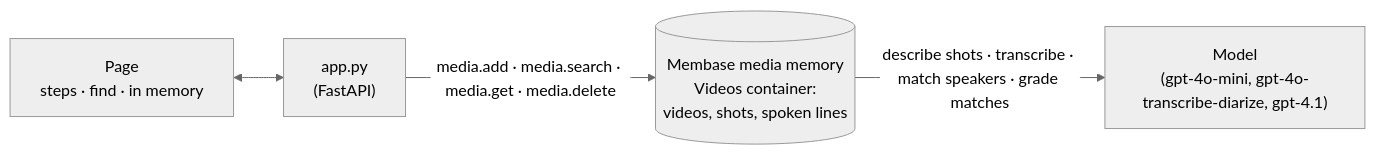
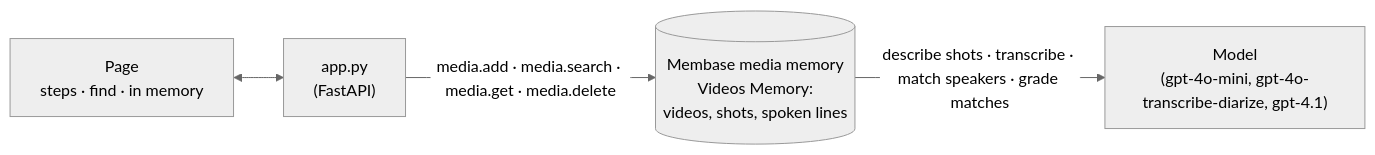
One commit to unibaseio/membase-use-cases changed the diagram in 18-video-memory/README.md. Above: the diagram before and after it, drawn with Mermaid (neutral theme). The commit also changed other lines of this file and 55 other files, not shown here.

````diff
--- a/18-video-memory/README.md
+++ b/18-video-memory/README.md
@@ -43,6 +43,6 @@
 ```mermaid
 flowchart LR
   P["Page<br/>steps · find · in memory"] <--> A["app.py<br/>(FastAPI)"]
-  A -- "media.add · media.search · media.get · media.delete" --> M[("Membase media memory<br/>Videos container:<br/>videos, shots, spoken lines")]
+  A -- "media.add · media.search · media.get · media.delete" --> M[("Membase media memory<br/>Videos Memory:<br/>videos, shots, spoken lines")]
   M -- "describe shots · transcribe · match speakers · grade matches" --> L["Model<br/>(gpt-4o-mini, gpt-4o-transcribe-diarize, gpt-4.1)"]
 ```
````
